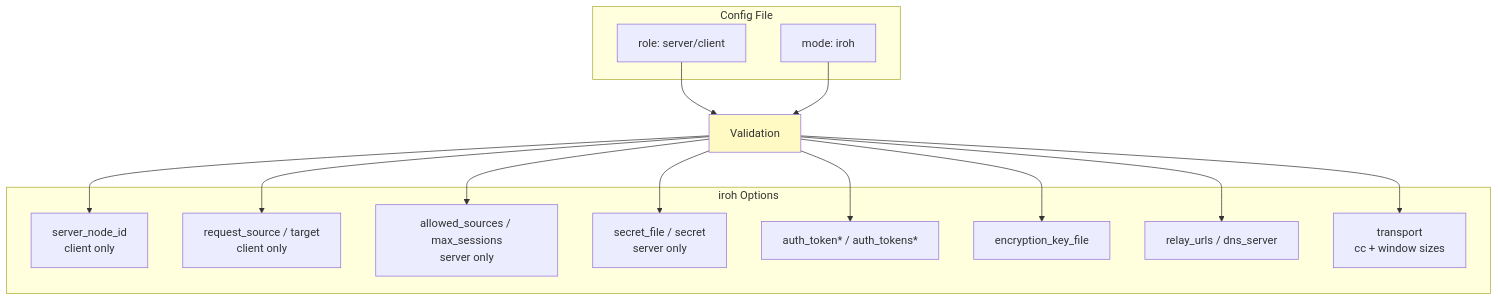
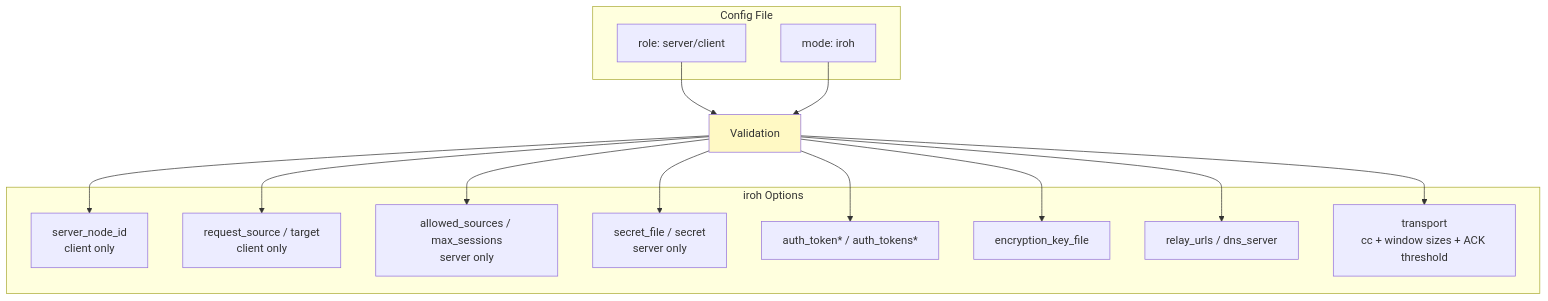
The tenth of 22 diagrams in docs/ARCHITECTURE.md (andrewtheguy/tunnel-rs), drawn with Mermaid before and after one commit. The commit also changed other lines of this file and 11 other files, not shown here.

````diff
--- a/docs/ARCHITECTURE.md
+++ b/docs/ARCHITECTURE.md
@@ -343,31 +343,31 @@
 ```mermaid
 graph TB
     subgraph "Config File"
         A[role: server/client]
         B[mode: iroh]
     end
 
     subgraph "iroh Options"
         C[server_node_id<br/>client only]
         D[request_source / target<br/>client only]
         E[allowed_sources / max_sessions<br/>server only]
         F[secret_file / secret<br/>server only]
         G[auth_token* / auth_tokens*]
         H[encryption_key_file]
         I[relay_urls / dns_server]
-        J[transport<br/>cc + window sizes]
+        J[transport<br/>cc + window sizes + ACK threshold]
     end
 
     A --> S[Validation]
     B --> S
     S --> C
     S --> D
     S --> E
     S --> F
     S --> G
     S --> H
     S --> I
     S --> J
 
     style S fill:#FFF9C4
 ```
````
